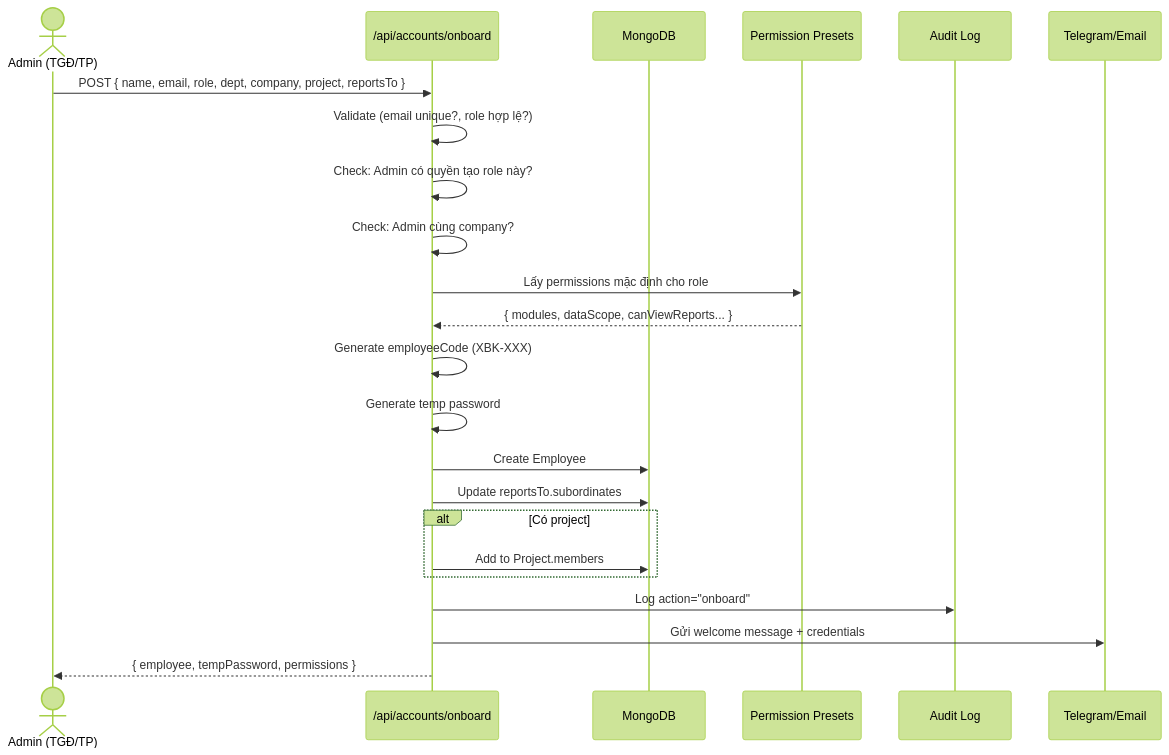
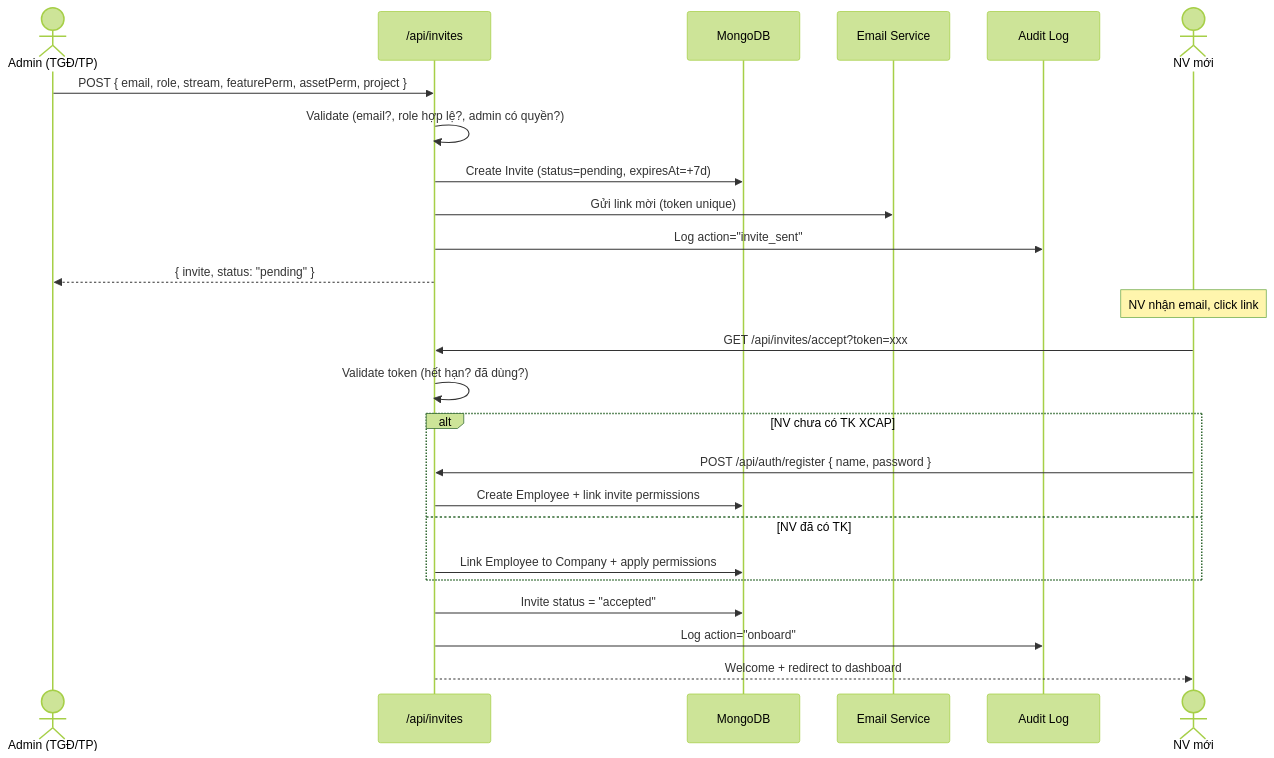
Before and after one commit to cucucha113-dotcom/Xcap-Management-Platform: the fifth of 10 diagrams in docs/system-diagrams/account_system_diagram.md, drawn with Mermaid (forest theme). The commit also changed other lines of this file, not shown here.

First line of the commit message:
📐 Account System v2: Custom Role + Feature/Asset Permission + Invite/CSV

````diff
--- a/docs/system-diagrams/account_system_diagram.md
+++ b/docs/system-diagrams/account_system_diagram.md
@@ -280,33 +359,32 @@
 ```mermaid
 sequenceDiagram
     actor Admin as Admin (TGĐ/TP)
-    participant API as /api/accounts/onboard
+    participant API as /api/invites
     participant DB as MongoDB
-    participant Preset as Permission Presets
+    participant Email as Email Service
     participant Audit as Audit Log
-    participant Notify as Telegram/Email
+    actor NV as NV mới
     
-    Admin->>API: POST { name, email, role, dept, company, project, reportsTo }
+    Admin->>API: POST { email, role, stream, featurePerm, assetPerm, project }
     
-    API->>API: Validate (email unique?, role hợp lệ?)
-    API->>API: Check: Admin có quyền tạo role này?
-    API->>API: Check: Admin cùng company?
+    API->>API: Validate (email?, role hợp lệ?, admin có quyền?)
+    API->>DB: Create Invite (status=pending, expiresAt=+7d)
+    API->>Email: Gửi link mời (token unique)
+    API->>Audit: Log action="invite_sent"
+    API-->>Admin: { invite, status: "pending" }
     
-    API->>Preset: Lấy permissions mặc định cho role
-    Preset-->>API: { modules, dataScope, canViewReports... }
+    Note over NV: NV nhận email, click link
+    NV->>API: GET /api/invites/accept?token=xxx
+    API->>API: Validate token (hết hạn? đã dùng?)
     
-    API->>API: Generate employeeCode (XBK-XXX)
-    API->>API: Generate temp password
-    
-    API->>DB: Create Employee
-    API->>DB: Update reportsTo.subordinates
-    
-    alt Có project
-        API->>DB: Add to Project.members
+    alt NV chưa có TK XCAP
+        NV->>API: POST /api/auth/register { name, password }
+        API->>DB: Create Employee + link invite permissions
+    else NV đã có TK
+        API->>DB: Link Employee to Company + apply permissions
     end
     
+    API->>DB: Invite status = "accepted"
     API->>Audit: Log action="onboard"
-    API->>Notify: Gửi welcome message + credentials
-    
-    API-->>Admin: { employee, tempPassword, permissions }
+    API-->>NV: Welcome + redirect to dashboard
 ```
````
